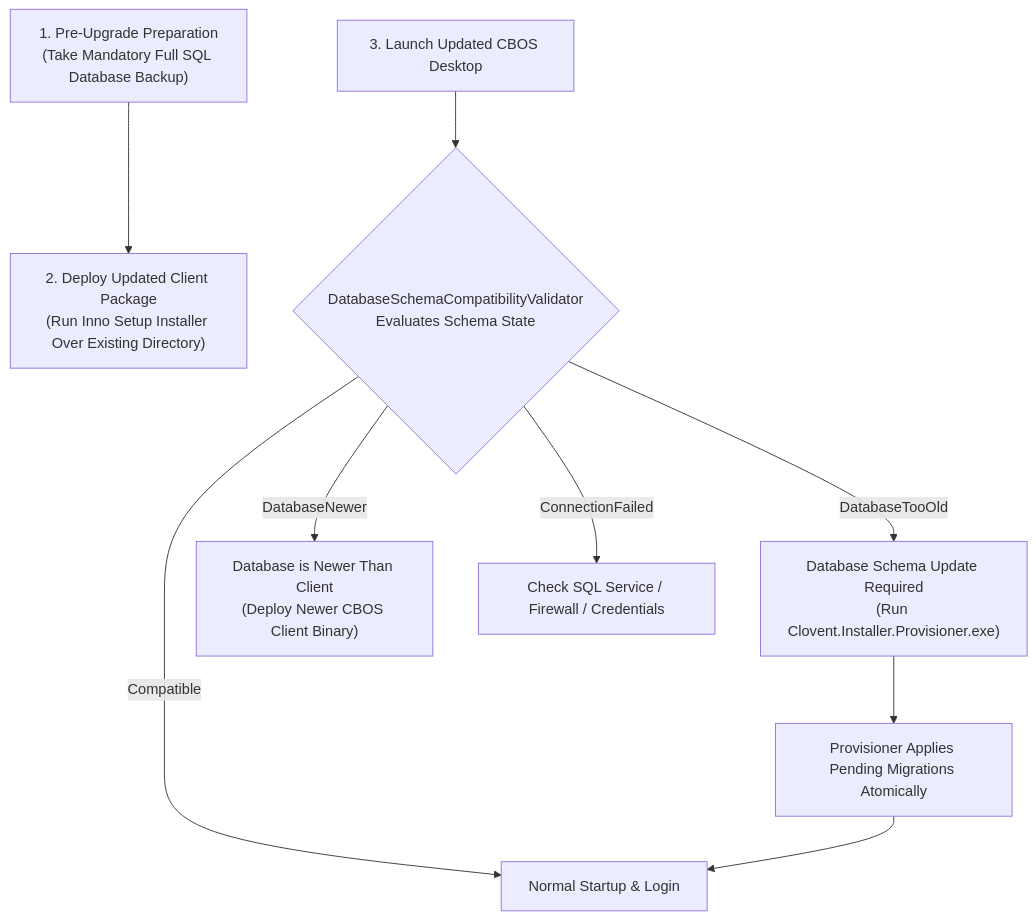
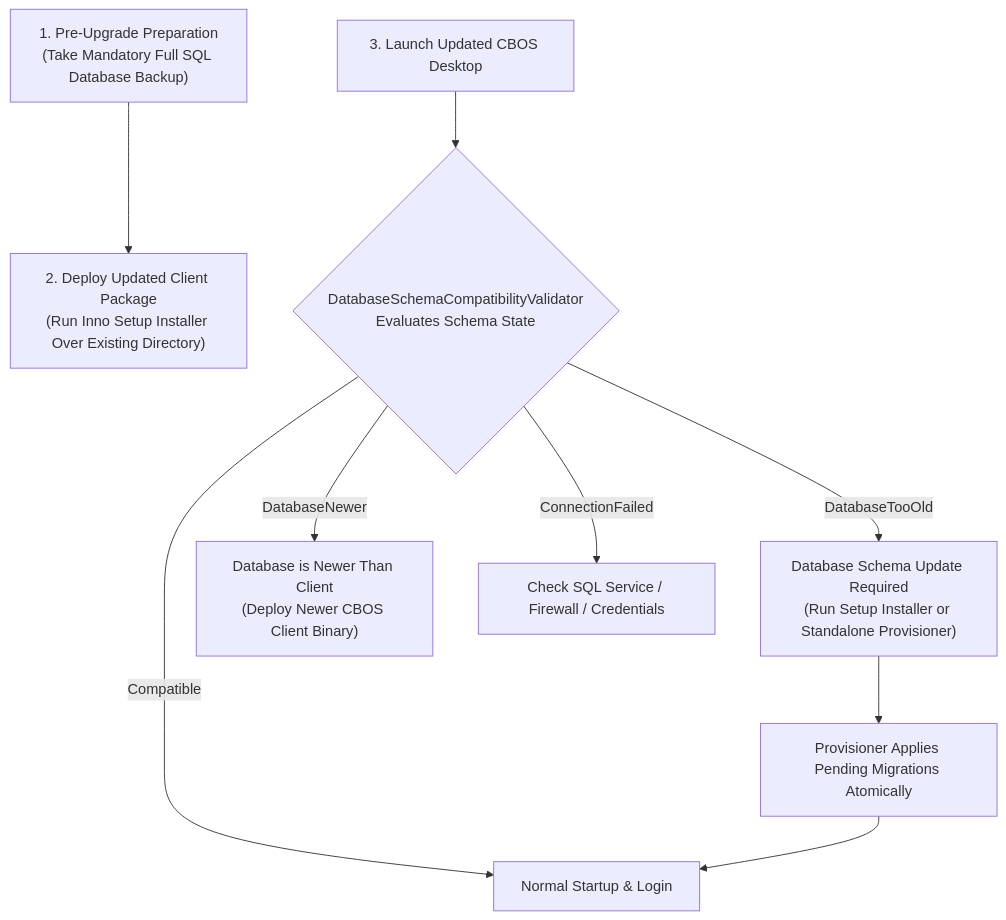
One commit to NadeemKhanLDR/Clovent-Business-Operating-System changed the diagram in docs/deployment/upgrades.md. Above: the diagram before and after it, drawn with Mermaid. The commit also changed other lines of this file and 24 other files, not shown here.

````diff
--- a/docs/deployment/upgrades.md
+++ b/docs/deployment/upgrades.md
@@ -17,19 +17,19 @@
 ```mermaid
 flowchart TD
     PreCheck["1. Pre-Upgrade Preparation<br/>(Take Mandatory Full SQL Database Backup)"]
     DeployClient["2. Deploy Updated Client Package<br/>(Run Inno Setup Installer Over Existing Directory)"]
     StartClient["3. Launch Updated CBOS Desktop"]
-    
+
     SchemaCheck{"DatabaseSchemaCompatibilityValidator<br/>Evaluates Schema State"}
-    
+
     StartClient --> SchemaCheck
     PreCheck --> DeployClient
-    
+
     SchemaCheck -- Compatible --> NormalLaunch["Normal Startup & Login"]
-    SchemaCheck -- DatabaseTooOld --> RunProvisioner["Database Schema Update Required<br/>(Run Clovent.Installer.Provisioner.exe)"]
+    SchemaCheck -- DatabaseTooOld --> RunProvisioner["Database Schema Update Required<br/>(Run Setup Installer or Standalone Provisioner)"]
     SchemaCheck -- DatabaseNewer --> UpgradeClient["Database is Newer Than Client<br/>(Deploy Newer CBOS Client Binary)"]
     SchemaCheck -- ConnectionFailed --> FixConn["Check SQL Service / Firewall / Credentials"]
-    
+
     RunProvisioner --> ApplyMigrations["Provisioner Applies Pending Migrations Atomically"]
     ApplyMigrations --> NormalLaunch
 ```
````
